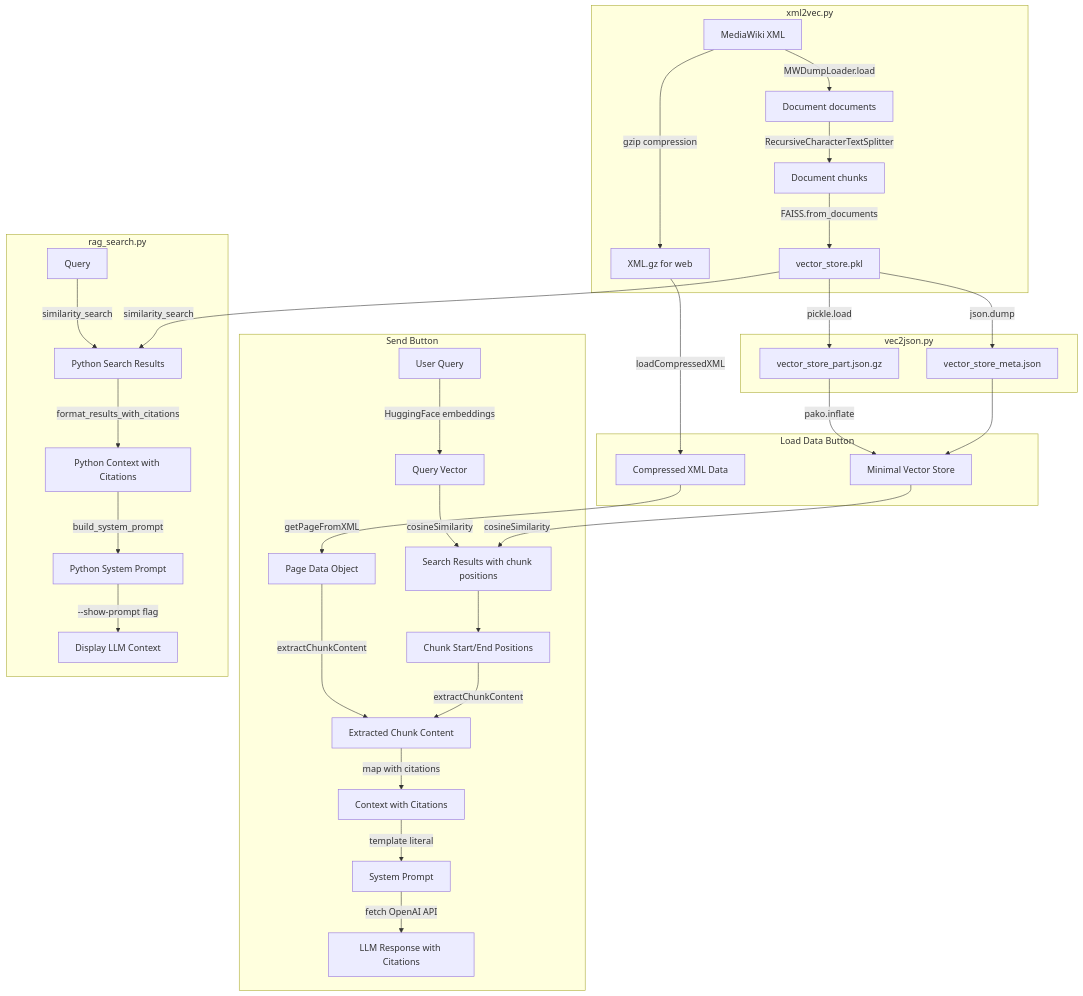
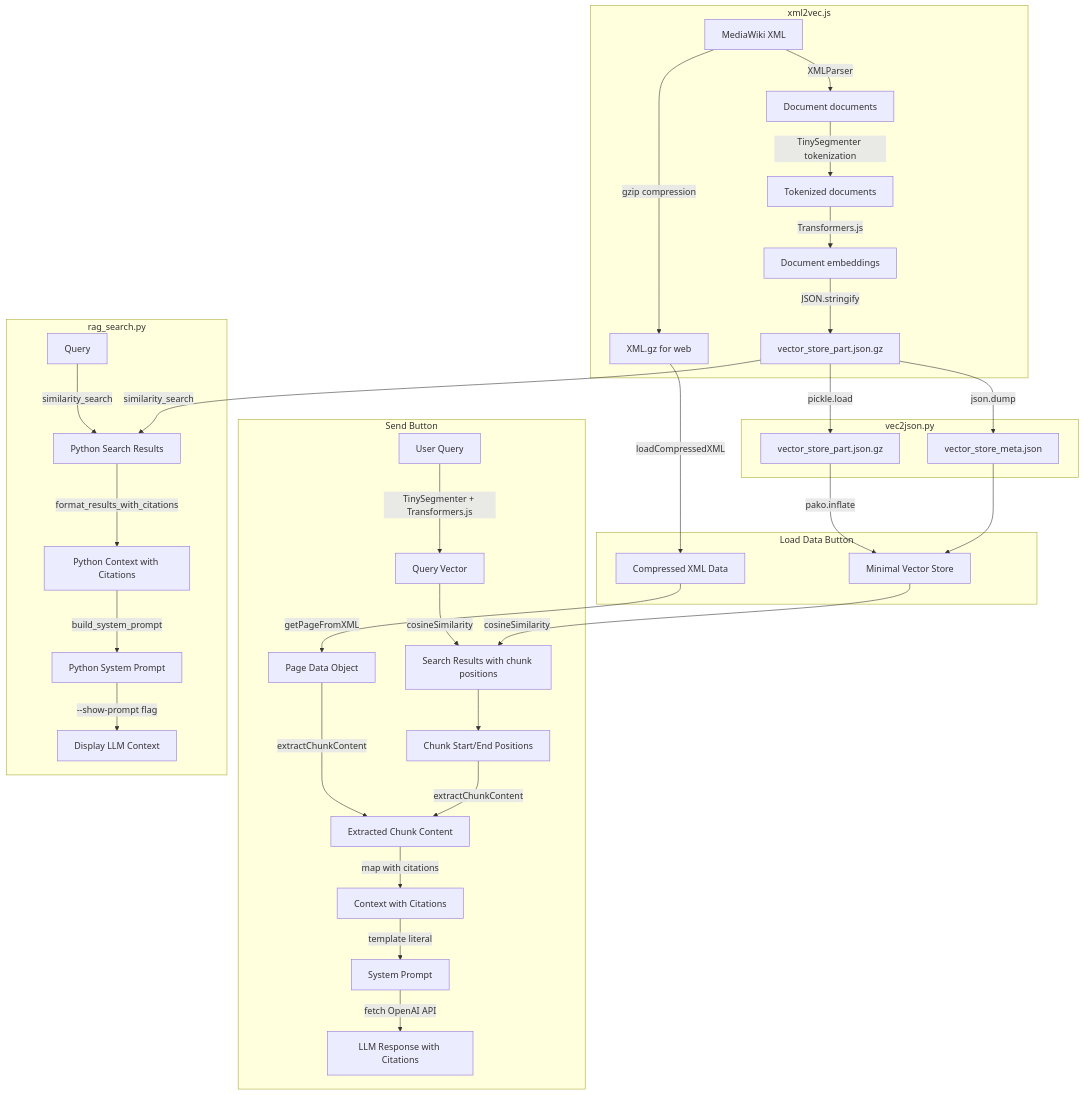
The diagram in tools/rag/README.md (koteitan/googolbook-lm), drawn with Mermaid before and after one commit. The commit also changed other lines of this file and 21 other files, not shown here.

First line of the commit message:
Implement unified TinySegmenter tokenization and Node.js integration

````diff
--- a/tools/rag/README.md
+++ b/tools/rag/README.md
@@ -9,45 +9,46 @@
 ```mermaid
 %% Rule of mermaind
 %% - The object is written as vertex.
 %% - The function or process are written as edge.
 %% - The subgraph is user operation to run.
 graph TD
-    subgraph xml2vec["xml2vec.py"]
-        A[MediaWiki XML] -->|MWDumpLoader.load| B[Document documents]
-        B -->|RecursiveCharacterTextSplitter| C[Document chunks]
-        C -->|FAISS.from_documents| D[vector_store.pkl]
+    subgraph xml2vec["xml2vec.js"]
+        A[MediaWiki XML] -->|XMLParser| B[Document documents]
+        B -->|TinySegmenter tokenization| B2[Tokenized documents]
+        B2 -->|Transformers.js| C[Document embeddings]
+        C -->|JSON.stringify| D[vector_store_part.json.gz]
         A -->|gzip compression| E[XML.gz for web]
     end
     
     subgraph vec2json["vec2json.py"]
         D -->|pickle.load| F[vector_store_part.json.gz]
         D -->|json.dump| G[vector_store_meta.json]
     end
     
     subgraph load_data["Load Data Button"]
         F -->|pako.inflate| H[Minimal Vector Store]
         G --> H
         E -->|loadCompressedXML| I[Compressed XML Data]
     end
     
     subgraph send_button["Send Button"]
-        J[User Query] -->|HuggingFace embeddings| K[Query Vector]
+        J[User Query] -->|TinySegmenter + Transformers.js| K[Query Vector]
         K -->|cosineSimilarity| L[Search Results with chunk positions]
         H -->|cosineSimilarity| L
         I -->|getPageFromXML| M[Page Data Object]
         L --> N[Chunk Start/End Positions]
         M -->|extractChunkContent| O[Extracted Chunk Content]
         N -->|extractChunkContent| O
         O -->|map with citations| P[Context with Citations]
         P -->|template literal| Q[System Prompt]
         Q -->|fetch OpenAI API| R[LLM Response with Citations]
     end
     
     subgraph python_search["rag_search.py"]
         S[Query] -->|similarity_search| T[Python Search Results]
         D -->|similarity_search| T
         T -->|format_results_with_citations| U[Python Context with Citations]
         U -->|build_system_prompt| V[Python System Prompt]
         V -->|--show-prompt flag| W[Display LLM Context]
     end
 ```
````
